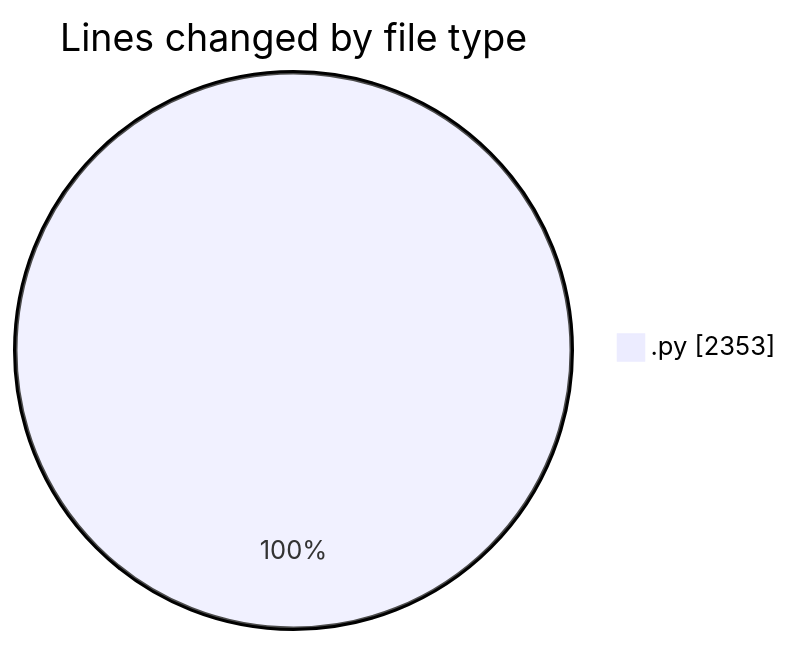
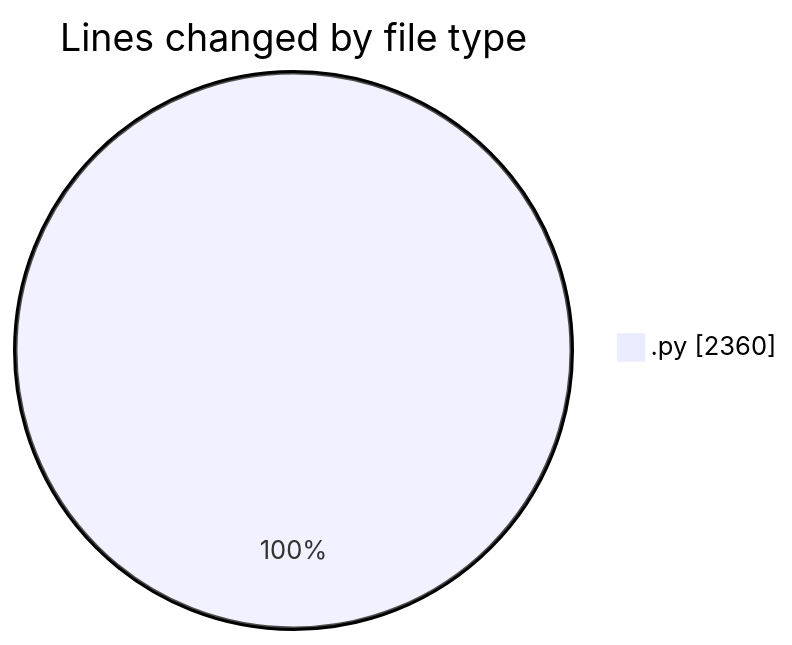
Before and after one commit to julien-gomy/code-tracking: the first of 2 diagrams in 2025-11-23/eventscop-api-guide__workspace_/README.md, drawn with Mermaid. The commit also changed other lines of this file and 1 other file, not shown here.

````diff
--- a/2025-11-23/eventscop-api-guide__workspace_/README.md
+++ b/2025-11-23/eventscop-api-guide__workspace_/README.md
@@ -31,5 +31,5 @@
 ```mermaid
 pie showData
 title Lines changed by file type
-".py" : 2353
+".py" : 2360
 ```
````
